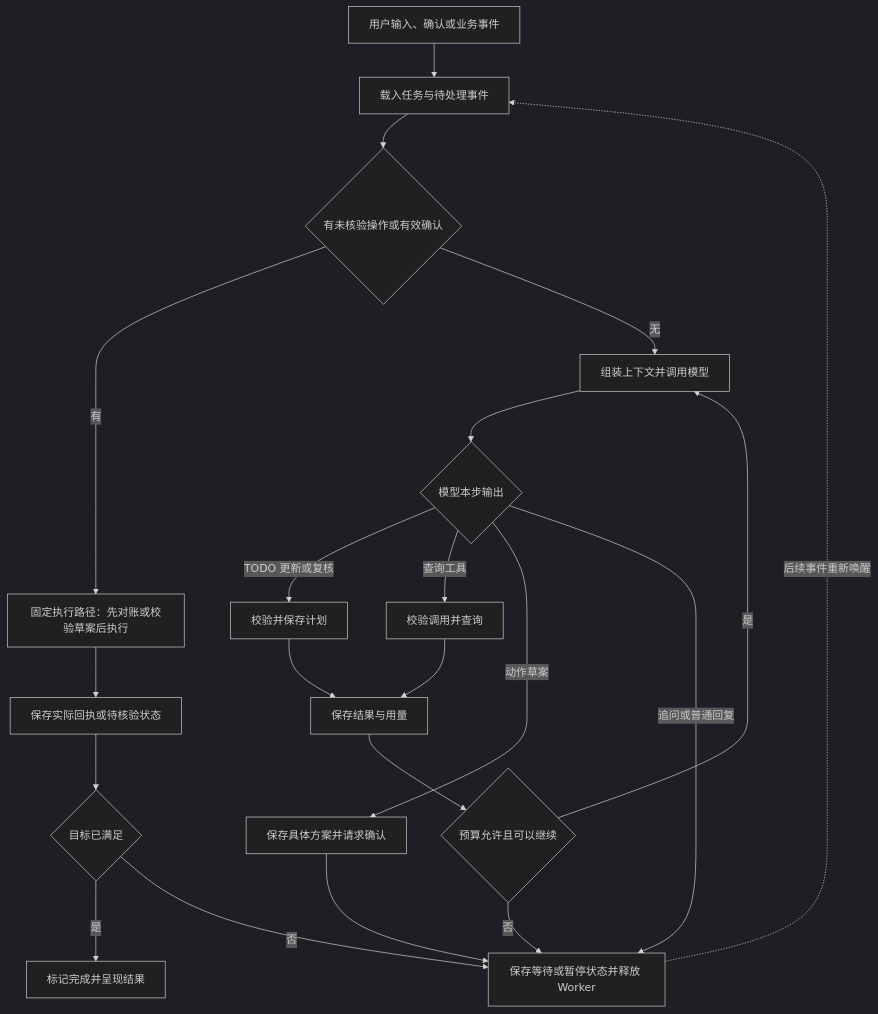
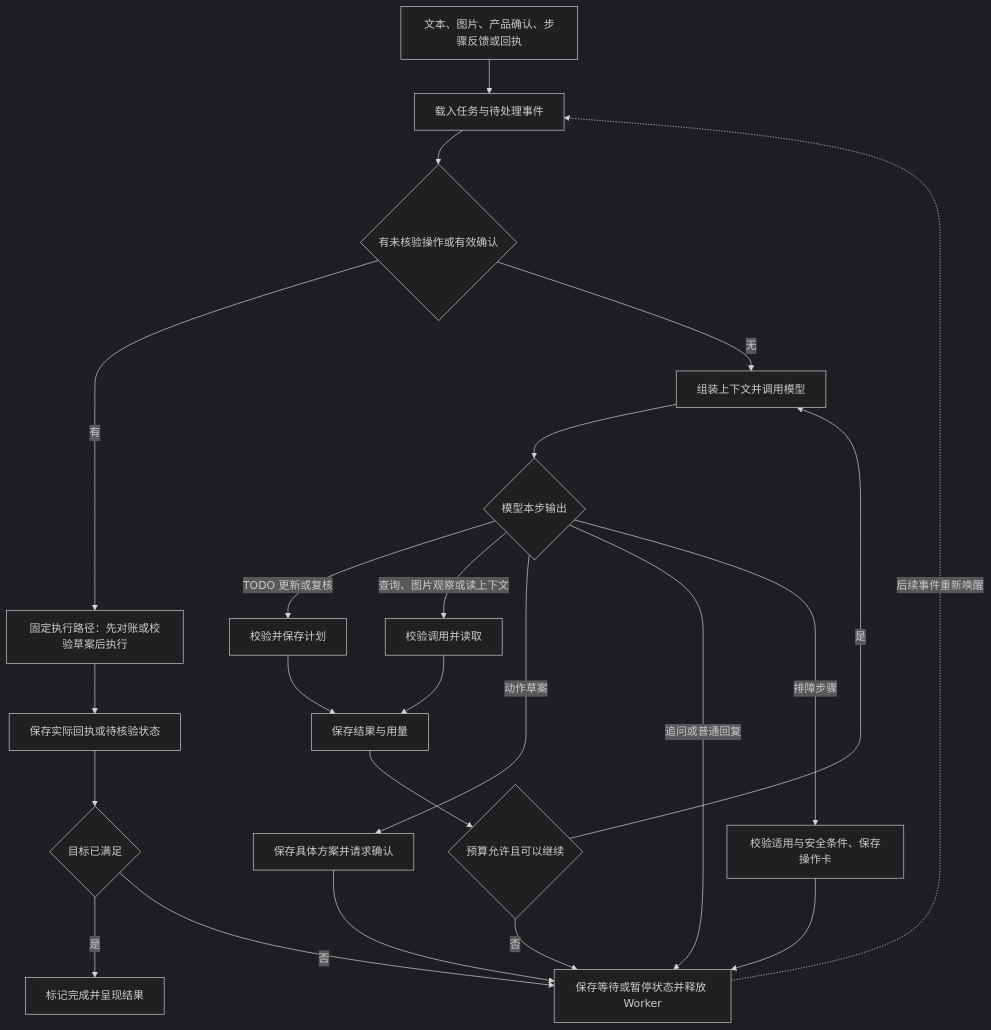
Before and after one commit to prossiblezero/Kefu_agent: the diagram in 第二步-Agent主逻辑与运行时.md, drawn with Mermaid (dark theme). The commit also changed other lines of this file and 6 other files, not shown here.

````diff
--- a/第二步-Agent主逻辑与运行时.md
+++ b/第二步-Agent主逻辑与运行时.md
@@ -28,23 +28,25 @@
 ```mermaid
 flowchart TD
-    I[用户输入、确认或业务事件] --> L[载入任务与待处理事件]
+    I[文本、图片、产品确认、步骤反馈或回执] --> L[载入任务与待处理事件]
     L --> H{有未核验操作或有效确认}
     H -->|有| X[固定执行路径：先对账或校验草案后执行]
     H -->|无| M[组装上下文并调用模型]
     M --> D{模型本步输出}
     D -->|TODO 更新或复核| T0[校验并保存计划]
     T0 --> S
-    D -->|查询工具| T[校验调用并查询]
+    D -->|查询、图片观察或读上下文| T[校验调用并读取]
     T --> S[保存结果与用量]
     S --> G{预算允许且可以继续}
     G -->|是| M
     G -->|否| W[保存等待或暂停状态并释放 Worker]
     D -->|动作草案| P[保存具体方案并请求确认]
     P --> W
     D -->|追问或普通回复| W
+    D -->|排障步骤| TS[校验适用与安全条件、保存操作卡]
+    TS --> W
     X --> V[保存实际回执或待核验状态]
     V --> F{目标已满足}
     F -->|是| E[标记完成并呈现结果]
     F -->|否| W
     W -. 后续事件重新唤醒 .-> L
 ```
````
